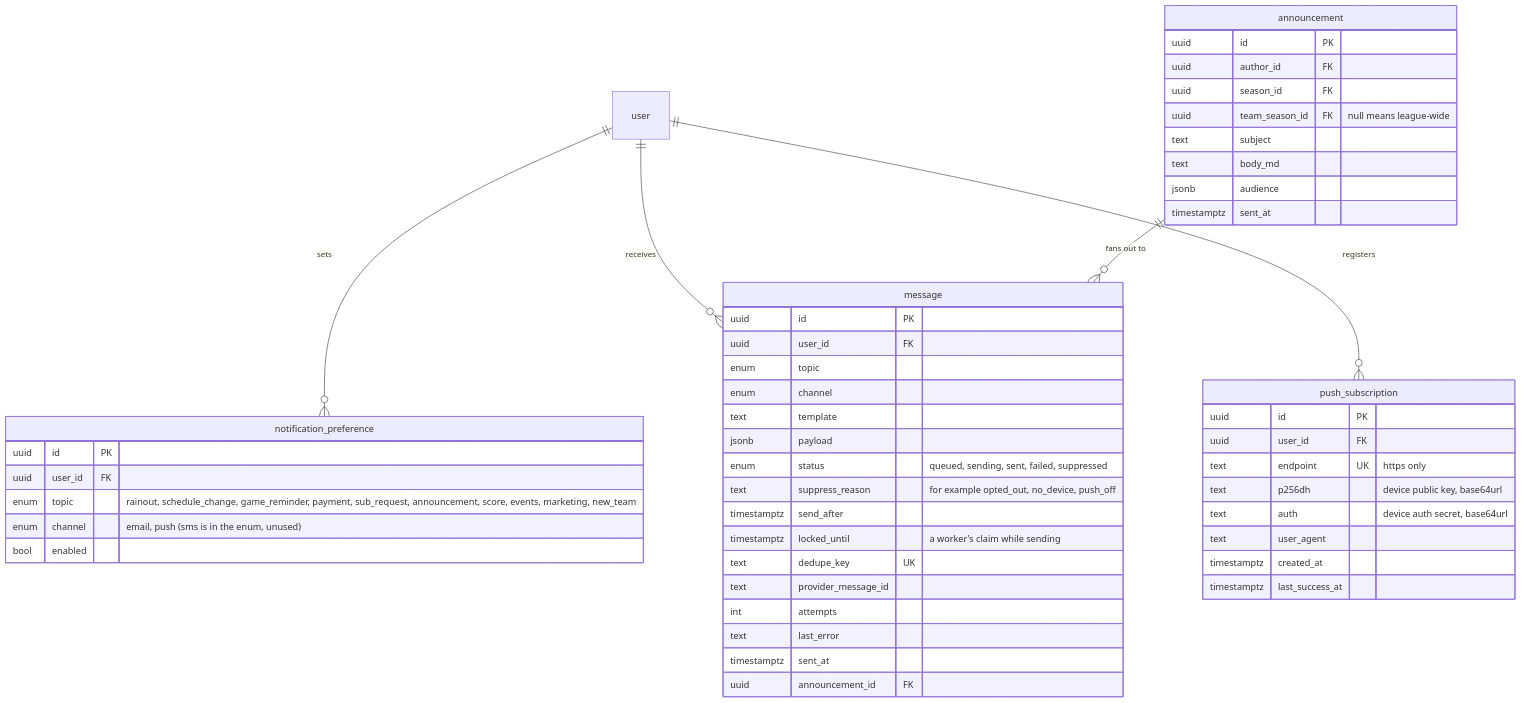
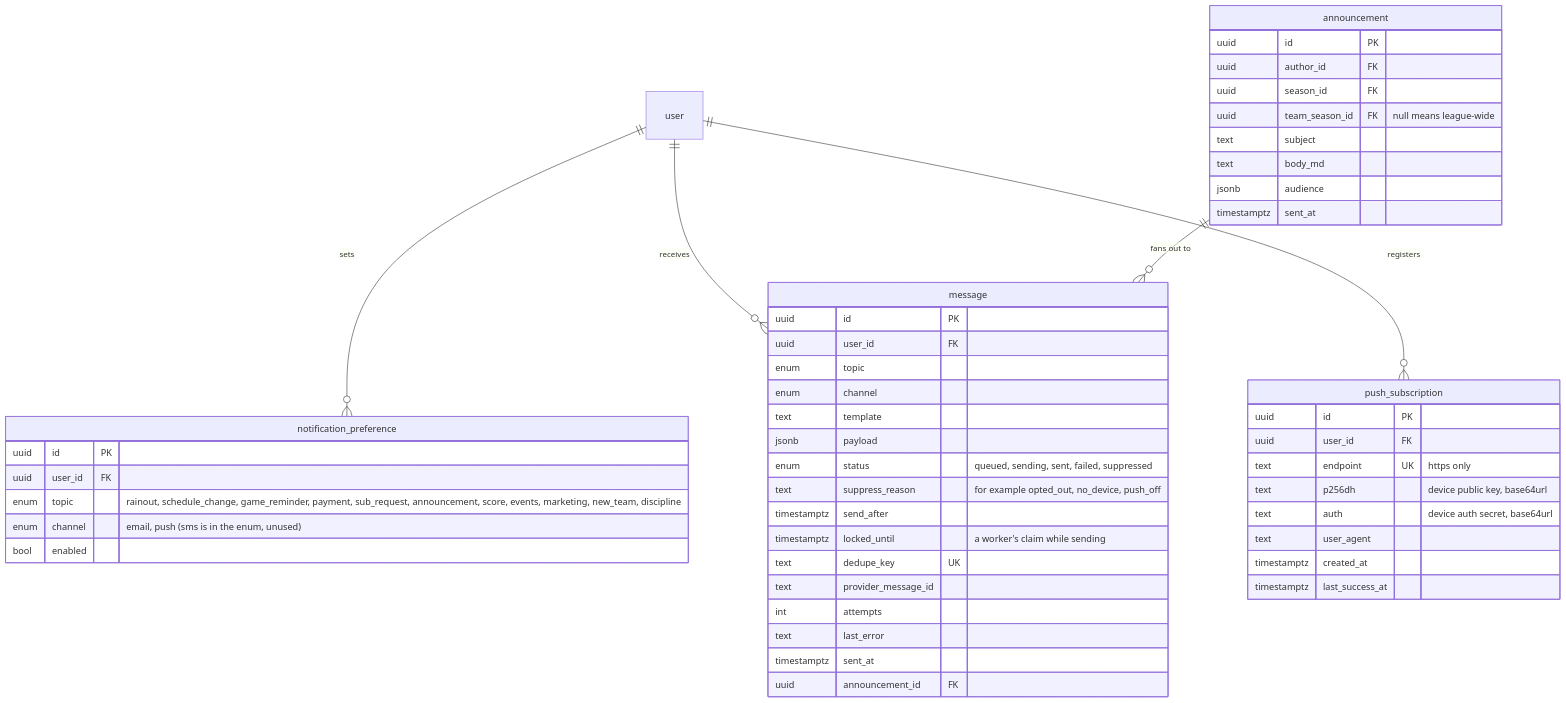
One commit to michael-fesselmeyer/kickball-league changed the fourth of 7 diagrams in docs/data-model.md. Above: the diagram before and after it, drawn with Mermaid. The commit also changed other lines of this file and 5 other files, not shown here.

````diff
--- a/docs/data-model.md
+++ b/docs/data-model.md
@@ -624,53 +624,53 @@
 ```mermaid
 erDiagram
   user ||--o{ notification_preference : sets
   user ||--o{ message : receives
   user ||--o{ push_subscription : registers
   announcement ||--o{ message : "fans out to"
 
   notification_preference {
     uuid id PK
     uuid user_id FK
-    enum topic "rainout, schedule_change, game_reminder, payment, sub_request, announcement, score, events, marketing, new_team"
+    enum topic "rainout, schedule_change, game_reminder, payment, sub_request, announcement, score, events, marketing, new_team, discipline"
     enum channel "email, push (sms is in the enum, unused)"
     bool enabled
   }
   message {
     uuid id PK
     uuid user_id FK
     enum topic
     enum channel
     text template
     jsonb payload
     enum status "queued, sending, sent, failed, suppressed"
     text suppress_reason "for example opted_out, no_device, push_off"
     timestamptz send_after
     timestamptz locked_until "a worker's claim while sending"
     text dedupe_key UK
     text provider_message_id
     int attempts
     text last_error
     timestamptz sent_at
     uuid announcement_id FK
   }
   announcement {
     uuid id PK
     uuid author_id FK
     uuid season_id FK
     uuid team_season_id FK "null means league-wide"
     text subject
     text body_md
     jsonb audience
     timestamptz sent_at
   }
   push_subscription {
     uuid id PK
     uuid user_id FK
     text endpoint UK "https only"
     text p256dh "device public key, base64url"
     text auth "device auth secret, base64url"
     text user_agent
     timestamptz created_at
     timestamptz last_success_at
   }
 ```
````
